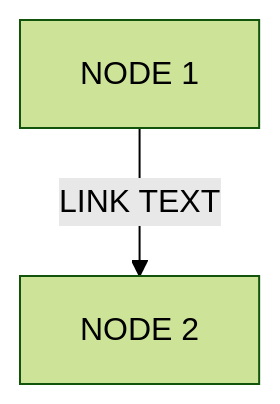
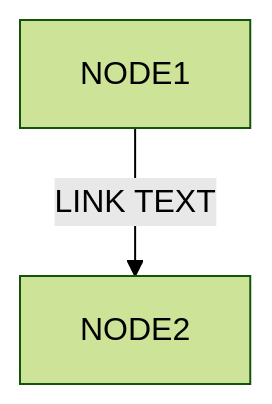
One commit to arunnambyar/tutorials changed the first of 31 diagrams in mermaid/docs/flowchart.md. Above: the diagram before and after it, drawn with Mermaid (forest theme). The commit also changed other lines of this file and 3 other files, not shown here.

Commit message:
Mermaid configuration dcumentation added

````diff
--- a/mermaid/docs/flowchart.md
+++ b/mermaid/docs/flowchart.md
@@ -15,4 +18,4 @@
 ```mermaid
 flowchart
-    NODE_ID1[NODE 1] --LINK TEXT--> NODE_ID2[NODE 2]
+    NODE1 --LINK TEXT--> NODE2
 ```
````
